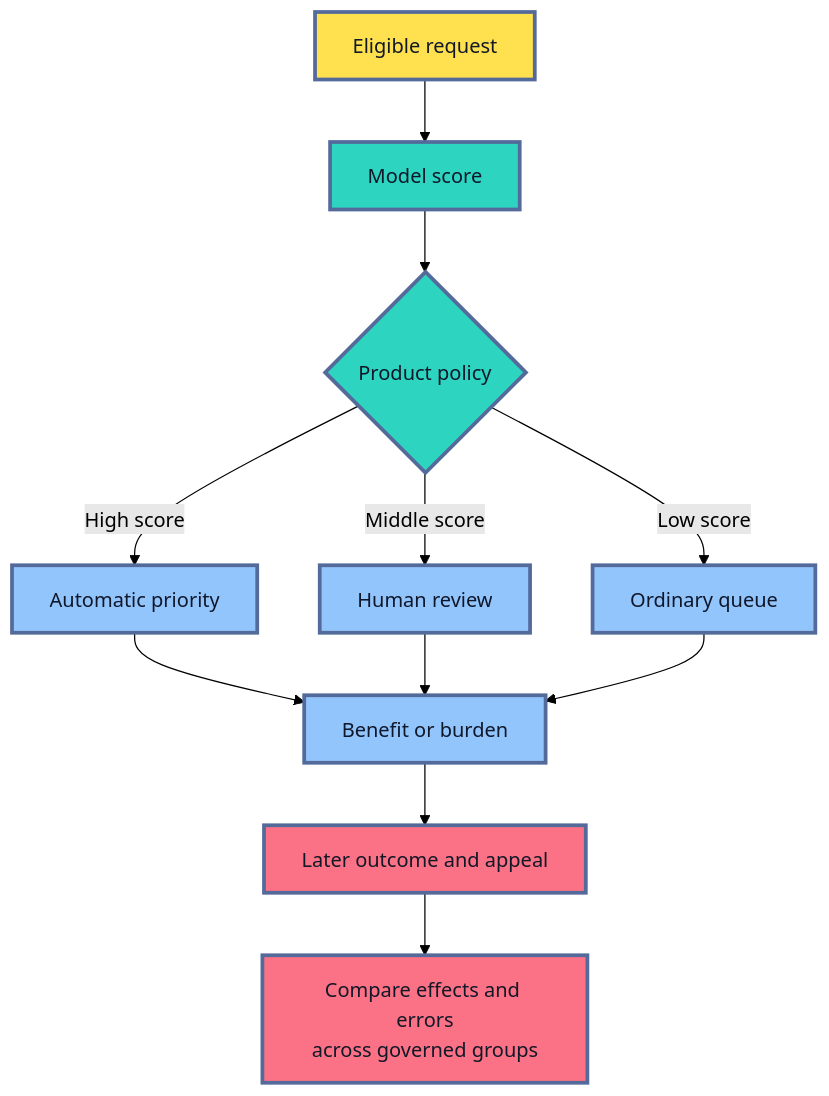
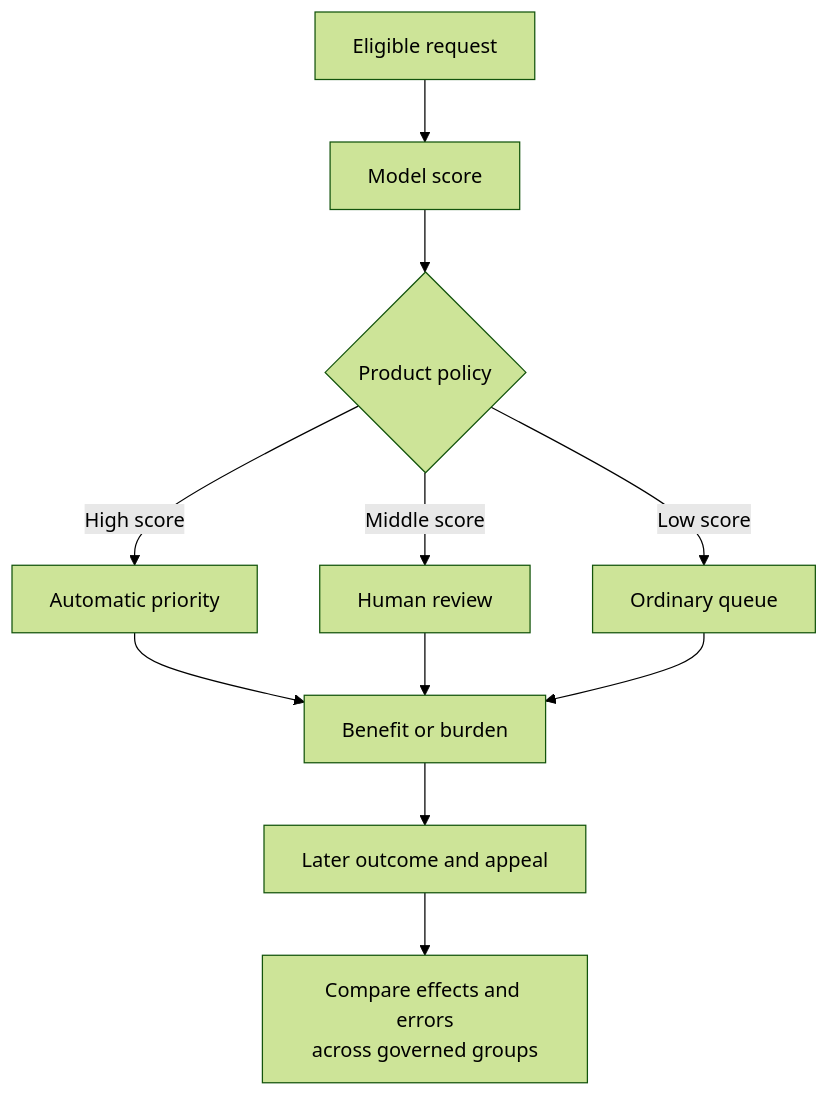
Before and after one commit to senlinyy/dev-roadmaps: the fourth of 14 diagrams in roadmaps/mlops/modules/model-evaluation/production-readiness/02-bias-fairness-responsible-evaluation.md, drawn with Mermaid (forest theme). The commit also changed other lines of this file and 152 other files, not shown here.

Commit message:
feat: mlops and diagrams updated

````diff
--- a/roadmaps/mlops/modules/model-evaluation/production-readiness/02-bias-fairness-responsible-evaluation.md
+++ b/roadmaps/mlops/modules/model-evaluation/production-readiness/02-bias-fairness-responsible-evaluation.md
@@ -263,22 +255,18 @@
 ```mermaid
 flowchart TD
     A["Eligible request"] --> B["Model score"]
     B --> C{"Product policy"}
     C -->|"High score"| D["Automatic priority"]
     C -->|"Middle score"| E["Human review"]
     C -->|"Low score"| F["Ordinary queue"]
     D --> G["Benefit or burden"]
     E --> G
     F --> G
     G --> H["Later outcome and appeal"]
     H --> I["Compare effects and errors<br/>across governed groups"]
 
-    classDef input fill:#FFE04F,stroke:#536A9A,stroke-width:3px,color:#111827
-    classDef system fill:#2DD4BF,stroke:#536A9A,stroke-width:3px,color:#0F172A
-    classDef action fill:#93C5FD,stroke:#536A9A,stroke-width:3px,color:#0F172A
-    classDef evidence fill:#FB7185,stroke:#536A9A,stroke-width:3px,color:#111827
     class A input
     class B,C system
     class D,E,F,G action
     class H,I evidence
 ```
````
